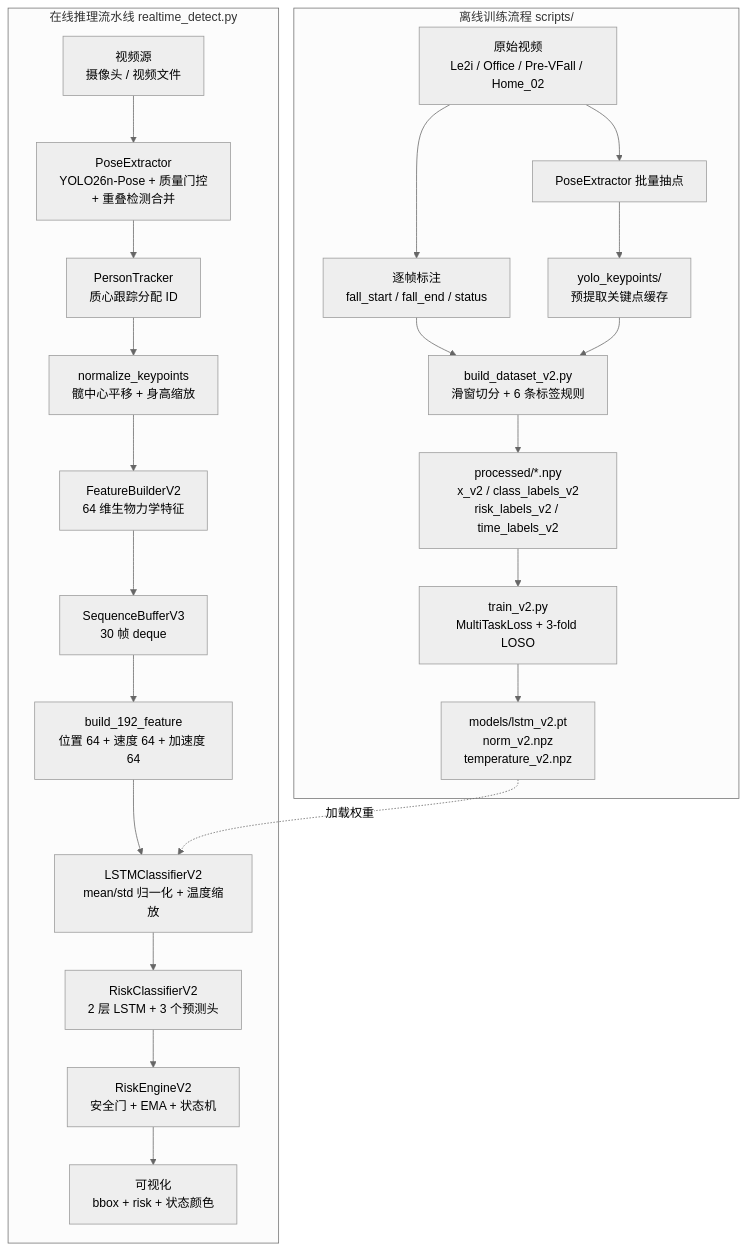
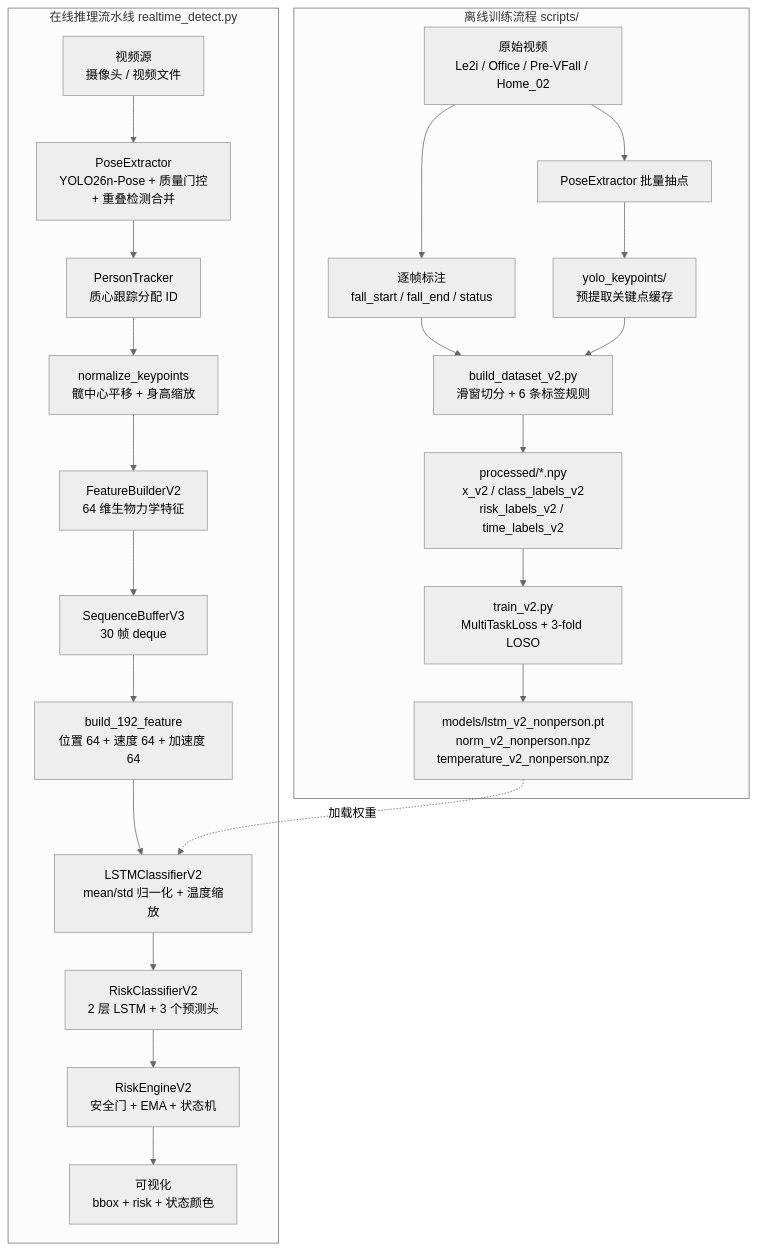
The first of 3 diagrams in docs/architecture.md (liheeng/elder-reform), drawn with Mermaid (neutral theme) before and after one commit. The commit also changed other lines of this file and 7 other files, not shown here.

````diff
--- a/docs/architecture.md
+++ b/docs/architecture.md
@@ -51,33 +51,33 @@
 ```mermaid
 flowchart TD
     subgraph OFFLINE["离线训练流程 scripts/"]
         V["原始视频<br/>Le2i / Office / Pre-VFall / Home_02"]
         ANNO["逐帧标注<br/>fall_start / fall_end / status"]
         Y0["PoseExtractor 批量抽点"]
         KPC["yolo_keypoints/<br/>预提取关键点缓存"]
         BLD["build_dataset_v2.py<br/>滑窗切分 + 6 条标签规则"]
         NPY["processed/*.npy<br/>x_v2 / class_labels_v2<br/>risk_labels_v2 / time_labels_v2"]
         TRN["train_v2.py<br/>MultiTaskLoss + 3-fold LOSO"]
-        W["models/lstm_v2.pt<br/>norm_v2.npz<br/>temperature_v2.npz"]
+        W["models/lstm_v2_nonperson.pt<br/>norm_v2_nonperson.npz<br/>temperature_v2_nonperson.npz"]
         V --> ANNO --> BLD
         V --> Y0 --> KPC --> BLD
         BLD --> NPY --> TRN --> W
     end
 
     subgraph ONLINE["在线推理流水线 realtime_detect.py"]
         CAM["视频源<br/>摄像头 / 视频文件"]
         PE["PoseExtractor<br/>YOLO26n-Pose + 质量门控<br/>+ 重叠检测合并"]
         TRK["PersonTracker<br/>质心跟踪分配 ID"]
         NRM["normalize_keypoints<br/>髋中心平移 + 身高缩放"]
         FB["FeatureBuilderV2<br/>64 维生物力学特征"]
         SB["SequenceBufferV3<br/>30 帧 deque"]
         CAT["build_192_feature<br/>位置 64 + 速度 64 + 加速度 64"]
         CLS["LSTMClassifierV2<br/>mean/std 归一化 + 温度缩放"]
         NET["RiskClassifierV2<br/>2 层 LSTM + 3 个预测头"]
         ENG["RiskEngineV2<br/>安全门 + EMA + 状态机"]
         OUT["可视化<br/>bbox + risk + 状态颜色"]
         CAM --> PE --> TRK --> NRM --> FB --> SB --> CAT --> CLS --> NET --> ENG --> OUT
     end
 
     W -.加载权重.-> CLS
 ```
````
